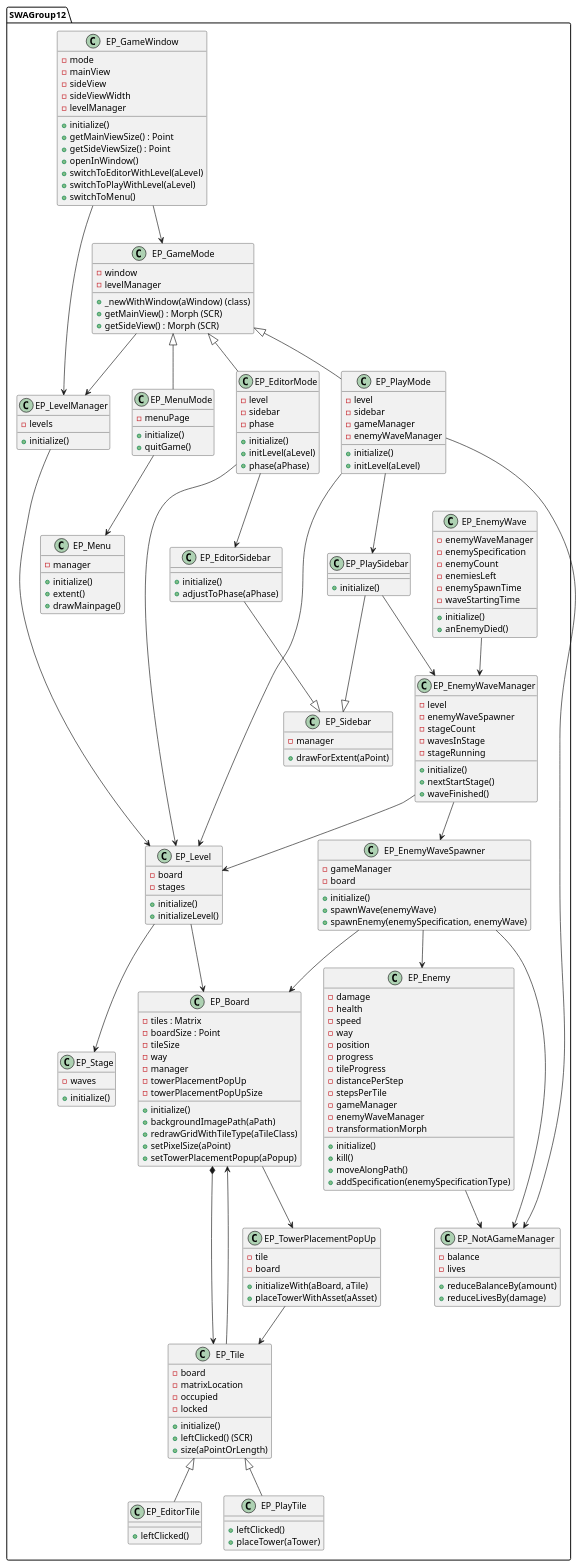
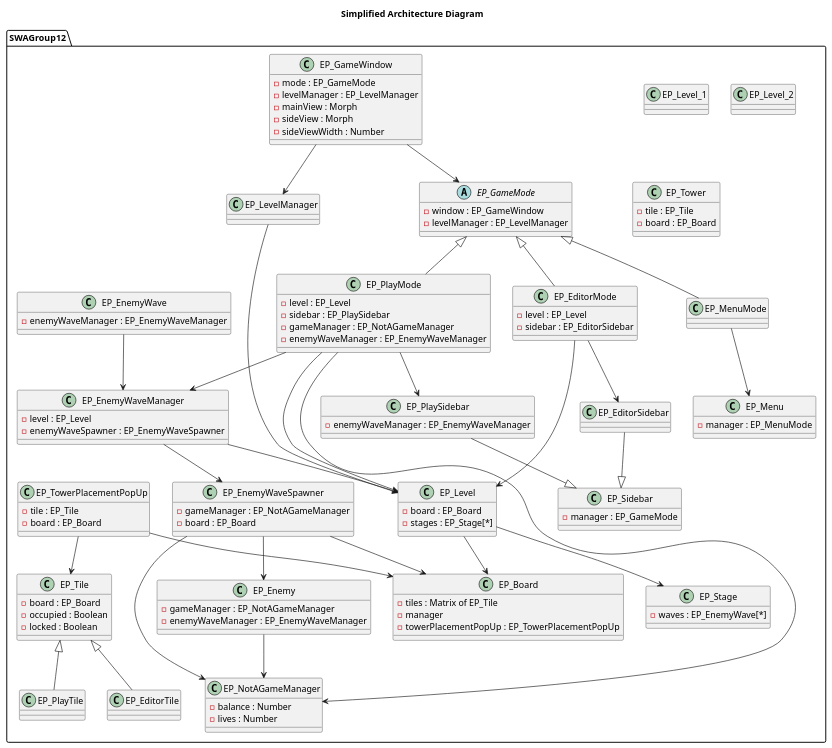
The diagram in diagram.puml (tobiashornbogen/swa_misc), drawn with PlantUML before and after one commit. The commit also changed 1 other file, not shown here.

Commit message:
simplify UML diagram and add refactoring ideas

```diff
--- a/diagram.puml
+++ b/diagram.puml
@@ -1,234 +1,152 @@
 @startuml
+
+title Simplified Architecture Diagram
 
 package SWAGroup12 {
 
+    class EP_GameWindow {
+        -mode : EP_GameMode
+        -levelManager : EP_LevelManager
+        -mainView : Morph
+        -sideView : Morph
+        -sideViewWidth : Number
+    }
+
+    abstract class EP_GameMode {
+        -window : EP_GameWindow
+        -levelManager : EP_LevelManager
+    }
+
+    class EP_MenuMode {
+    }
+
+    class EP_EditorMode {
+        -level : EP_Level
+        -sidebar : EP_EditorSidebar
+    }
+
+    class EP_PlayMode {
+        -level : EP_Level
+        -sidebar : EP_PlaySidebar
+        -gameManager : EP_NotAGameManager
+        -enemyWaveManager : EP_EnemyWaveManager
+    }
+
+    EP_GameMode <|-- EP_MenuMode
+    EP_GameMode <|-- EP_EditorMode
+    EP_GameMode <|-- EP_PlayMode
+
+    EP_GameWindow --> EP_GameMode
+    EP_GameWindow --> EP_LevelManager
+
+    class EP_Level {
+        -board : EP_Board
+        -stages : EP_Stage[*]
+    }
+
+    class EP_Level_1 {}
+    class EP_Level_2 {}
+
+    EP_LevelManager --> EP_Level
 
     class EP_Board {
-        -tiles : Matrix
-        -boardSize : Point
-        -tileSize
-        -way
+        -tiles : Matrix of EP_Tile
         -manager
-        -towerPlacementPopUp
-        -towerPlacementPopUpSize
-        +initialize()
-        +backgroundImagePath(aPath)
-        +redrawGridWithTileType(aTileClass)
-        +setPixelSize(aPoint)
-        +setTowerPlacementPopup(aPopup)
+        -towerPlacementPopUp : EP_TowerPlacementPopUp
     }
 
     class EP_Tile {
-        -board
-        -matrixLocation
-        -occupied
-        -locked
-        +initialize()
-        +leftClicked() (SCR)
-        +size(aPointOrLength)
+        -board : EP_Board
+        -occupied : Boolean
+        -locked : Boolean
     }
 
-    class EP_EditorTile {
-        +leftClicked()
-    }
-    class EP_PlayTile {
-        +leftClicked()
-        +placeTower(aTower)
-    }
+    class EP_EditorTile {}
+    class EP_PlayTile {}
 
-    class EP_Enemy {
-        -damage
-        -health
-        -speed
-        -way
-        -position
-        -progress
-        -tileProgress
-        -distancePerStep
-        -stepsPerTile
-        -gameManager
-        -enemyWaveManager
-        -transformationMorph
-        +initialize()
-        +kill()
-        +moveAlongPath()
-        +addSpecification(enemySpecificationType)
-    }
-
-    class EP_EnemyWaveSpawner {
-        -gameManager
-        -board
-        +initialize()
-        +spawnWave(enemyWave)
-        +spawnEnemy(enemySpecification, enemyWave)
-    }
-
-    class EP_EnemyWave {
-        -enemyWaveManager
-        -enemySpecification
-        -enemyCount
-        -enemiesLeft
-        -enemySpawnTime
-        -waveStartingTime
-        +initialize()
-        +anEnemyDied()
-    }
-
-    class EP_EnemyWaveManager {
-        -level
-        -enemyWaveSpawner
-        -stageCount
-        -wavesInStage
-        -stageRunning
-        +initialize()
-        +nextStartStage()
-        +waveFinished()
-    }
-
-    class EP_Stage {
-        -waves
-        +initialize()
-    }
-
-    class EP_TowerPlacementPopUp {
-        -tile
-        -board
-        +initializeWith(aBoard, aTile)
-        +placeTowerWithAsset(aAsset)
-    }
-
-    class EP_GameMode {
-        -window
-        -levelManager
-        +_newWithWindow(aWindow) (class)
-        +getMainView() : Morph (SCR)
-        +getSideView() : Morph (SCR)
-    }
-
-    class EP_MenuMode {
-        -menuPage
-        +initialize()
-        +quitGame()
-    }
-
-    class EP_PlayMode {
-        -level
-        -sidebar
-        -gameManager
-        -enemyWaveManager
-        +initialize()
-        +initLevel(aLevel)
-    }
-
-    class EP_EditorMode {
-        -level
-        -sidebar
-        -phase
-        +initialize()
-        +initLevel(aLevel)
-        +phase(aPhase)
-    }
-
-    class EP_Sidebar {
-        -manager
-        +drawForExtent(aPoint)
-    }
-
-    class EP_EditorSidebar {
-        +initialize()
-        +adjustToPhase(aPhase)
-    }
-
-    class EP_PlaySidebar {
-        +initialize()
-    }
-
-    class EP_GameWindow {
-        -mode
-        -mainView
-        -sideView
-        -sideViewWidth
-        -levelManager
-        +initialize()
-        +getMainViewSize() : Point
-        +getSideViewSize() : Point
-        +openInWindow()
-        +switchToEditorWithLevel(aLevel)
-        +switchToPlayWithLevel(aLevel)
-        +switchToMenu()
-    }
-
-    class EP_Menu {
-        -manager
-        +initialize()
-        +extent()
-        +drawMainpage()
-    }
-
-    class EP_NotAGameManager {
-        -balance
-        -lives
-        +reduceBalanceBy(amount)
-        +reduceLivesBy(damage)
-    }
-
-    class EP_Level {
-        -board
-        -stages
-        +initialize()
-        +initializeLevel()
-    }
-
-    class EP_LevelManager {
-        -levels
-        +initialize()
-    }
-
-    EP_LevelManager --> EP_Level
+    EP_Tile <|-- EP_EditorTile
+    EP_Tile <|-- EP_PlayTile
 
     EP_Level --> EP_Board
     EP_Level --> EP_Stage
 
-    EP_Enemy --> EP_NotAGameManager
+    class EP_Stage {
+        -waves : EP_EnemyWave[*]
+    }
 
+    class EP_Enemy {
+        -gameManager : EP_NotAGameManager
+        -enemyWaveManager : EP_EnemyWaveManager
+    }
+
+    class EP_EnemyWave {
+        -enemyWaveManager : EP_EnemyWaveManager
+    }
+
+    class EP_EnemyWaveSpawner {
+        -gameManager : EP_NotAGameManager
+        -board : EP_Board
+    }
+
+    class EP_EnemyWaveManager {
+        -level : EP_Level
+        -enemyWaveSpawner : EP_EnemyWaveSpawner
+    }
+
+    EP_EnemyWaveManager --> EP_EnemyWaveSpawner
+    EP_EnemyWaveManager --> EP_Level
     EP_EnemyWaveSpawner --> EP_Board
     EP_EnemyWaveSpawner --> EP_NotAGameManager
     EP_EnemyWaveSpawner --> EP_Enemy
 
-    EP_EnemyWaveManager --> EP_EnemyWaveSpawner
-    EP_EnemyWaveManager --> EP_Level
+    EP_EnemyWave --> EP_EnemyWaveManager
+    EP_Enemy --> EP_NotAGameManager
 
-    EP_EnemyWave --> EP_EnemyWaveManager
+    class EP_Tower {
+        -tile : EP_Tile
+        -board : EP_Board
+    }
 
-    EP_GameWindow --> EP_GameMode
-    EP_GameWindow --> EP_LevelManager
+    class EP_TowerPlacementPopUp {
+        -tile : EP_Tile
+        -board : EP_Board
+    }
 
-    EP_Board *--> EP_Tile
-    EP_Board --> EP_TowerPlacementPopUp
+    EP_TowerPlacementPopUp --> EP_Tile
+    EP_TowerPlacementPopUp --> EP_Board
 
-    EP_GameMode --> EP_LevelManager
-    EP_GameMode <|-- EP_MenuMode
-    EP_GameMode <|-- EP_EditorMode
-    EP_GameMode <|-- EP_PlayMode
+    class EP_Sidebar {
+        -manager : EP_GameMode
+    }
+
+    class EP_EditorSidebar {}
+    class EP_PlaySidebar {
+        -enemyWaveManager : EP_EnemyWaveManager
+    }
+
+    EP_EditorSidebar --|> EP_Sidebar
+    EP_PlaySidebar --|> EP_Sidebar
+
+    class EP_Menu {
+        -manager : EP_MenuMode
+    }
 
     EP_MenuMode --> EP_Menu
-    
-    EP_PlayMode --> EP_Level
-    EP_PlayMode --> EP_PlaySidebar
+
+    class EP_NotAGameManager {
+        -balance : Number
+        -lives : Number
+    }
+
+    EP_PlayMode --> EP_EnemyWaveManager
+    EP_PlayMode --> EP_NotAGameManager
 
     EP_EditorMode --> EP_Level
     EP_EditorMode --> EP_EditorSidebar
 
-    EP_PlayMode --> EP_NotAGameManager
-    EP_TowerPlacementPopUp --> EP_Tile
-    
-    EP_Tile --> EP_Board
-    EP_Tile <|-- EP_PlayTile
-    EP_Tile <|-- EP_EditorTile
+    EP_PlayMode --> EP_Level
+    EP_PlayMode --> EP_PlaySidebar
 
-    EP_EditorSidebar --|> EP_Sidebar 
-    EP_PlaySidebar --|> EP_Sidebar
-    EP_PlaySidebar --> EP_EnemyWaveManager
 }
 
 @enduml
```
